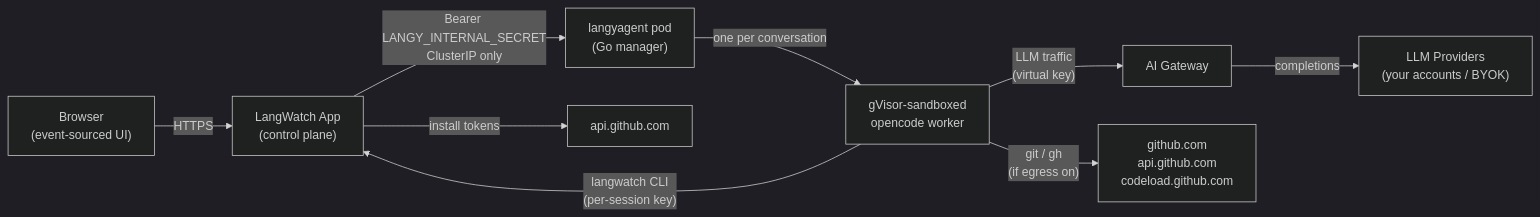
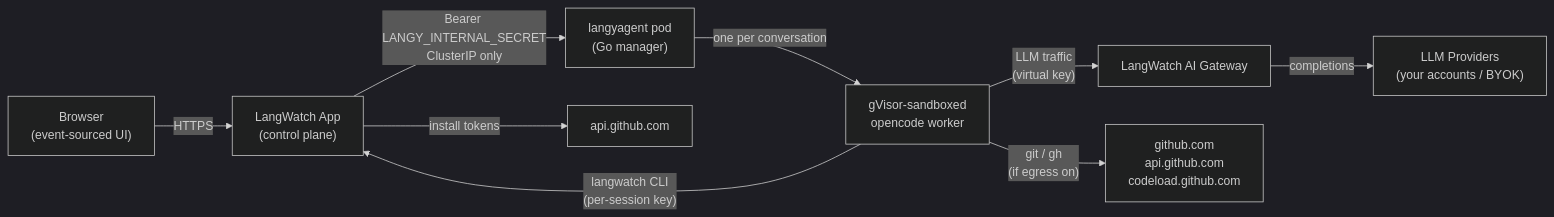
One commit to langwatch/langwatch changed the diagram in docs/langy/self-hosting/overview.mdx. Above: the diagram before and after it, drawn with Mermaid (dark theme). The commit also changed other lines of this file and 22 other files, not shown here.

````diff
--- a/docs/langy/self-hosting/overview.mdx
+++ b/docs/langy/self-hosting/overview.mdx
@@ -56,11 +56,11 @@
 ```mermaid
 graph LR
     Browser["Browser<br/>(event-sourced UI)"] -->|"HTTPS"| App["LangWatch App<br/>(control plane)"]
     App -->|"Bearer LANGY_INTERNAL_SECRET<br/>ClusterIP only"| Agent["langyagent pod<br/>(Go manager)"]
     Agent -->|"one per conversation"| Worker["gVisor-sandboxed<br/>opencode worker"]
     Worker -->|"langwatch CLI<br/>(per-session key)"| App
-    Worker -->|"LLM traffic<br/>(virtual key)"| Gateway["AI Gateway"]
+    Worker -->|"LLM traffic<br/>(virtual key)"| Gateway["LangWatch AI Gateway"]
     Gateway -->|"completions"| Providers["LLM Providers<br/>(your accounts / BYOK)"]
     Worker -->|"git / gh<br/>(if egress on)"| GitHub["github.com<br/>api.github.com<br/>codeload.github.com"]
     App -->|"install tokens"| GitHubAPI["api.github.com"]
 ```
````
